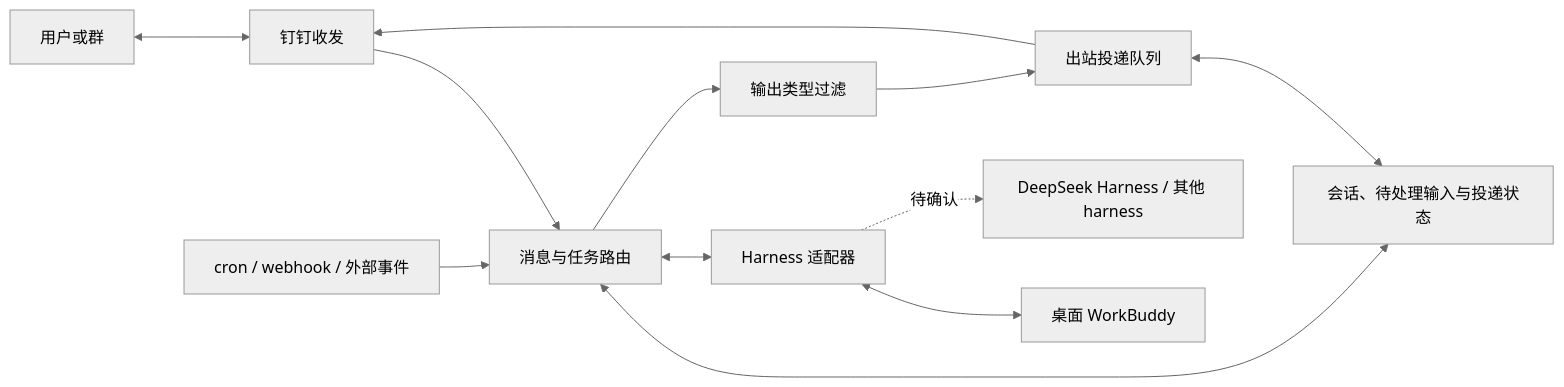
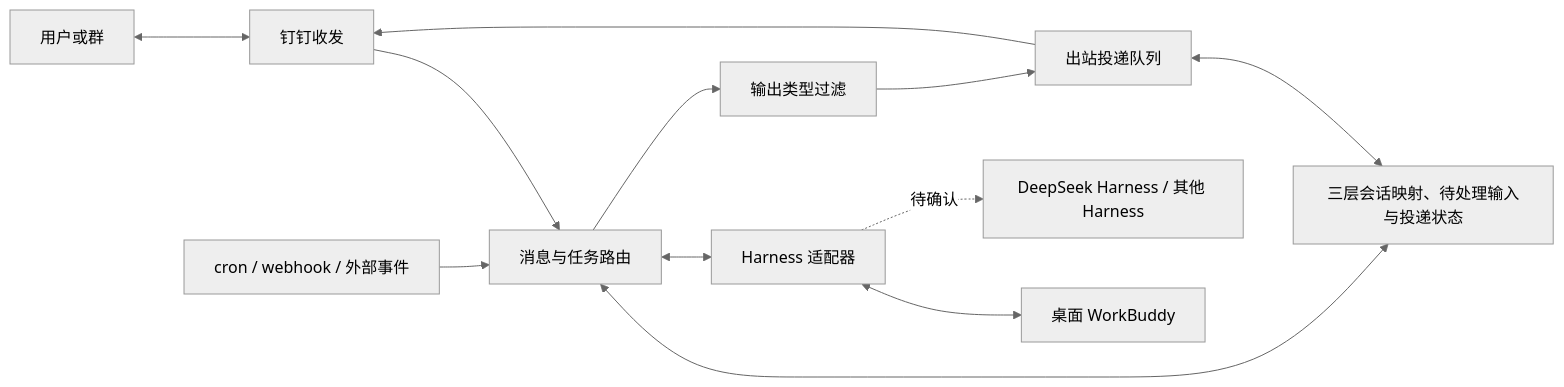
The diagram in README.md (euyuil/agent-courier), drawn with Mermaid (neutral theme) before and after one commit. The commit also changed other lines of this file and 12 other files, not shown here.

````diff
--- a/README.md
+++ b/README.md
@@ -38,14 +69,14 @@
 ```mermaid
 flowchart LR
     U[用户或群] <--> D[钉钉收发]
     D --> R[消息与任务路由]
     E[cron / webhook / 外部事件] --> R
-    R <--> S[会话、待处理输入与投递状态]
+    R <--> S[三层会话映射、待处理输入与投递状态]
     R <--> A[Harness 适配器]
     R --> F[输出类型过滤]
     F --> O[出站投递队列]
     O --> D
     O <--> S
     A <--> W[桌面 WorkBuddy]
-    A -. 待确认 .-> H[DeepSeek Harness / 其他 harness]
+    A -. 待确认 .-> H[DeepSeek Harness / 其他 Harness]
 ```
````
